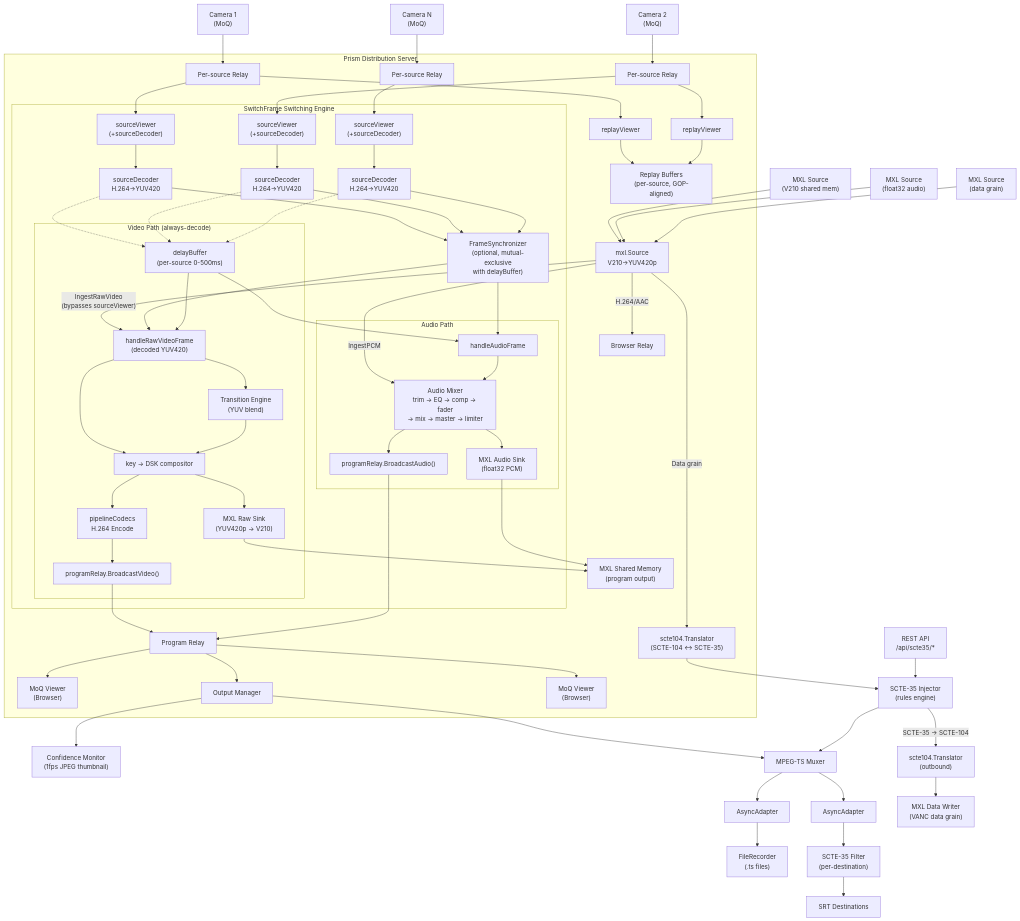
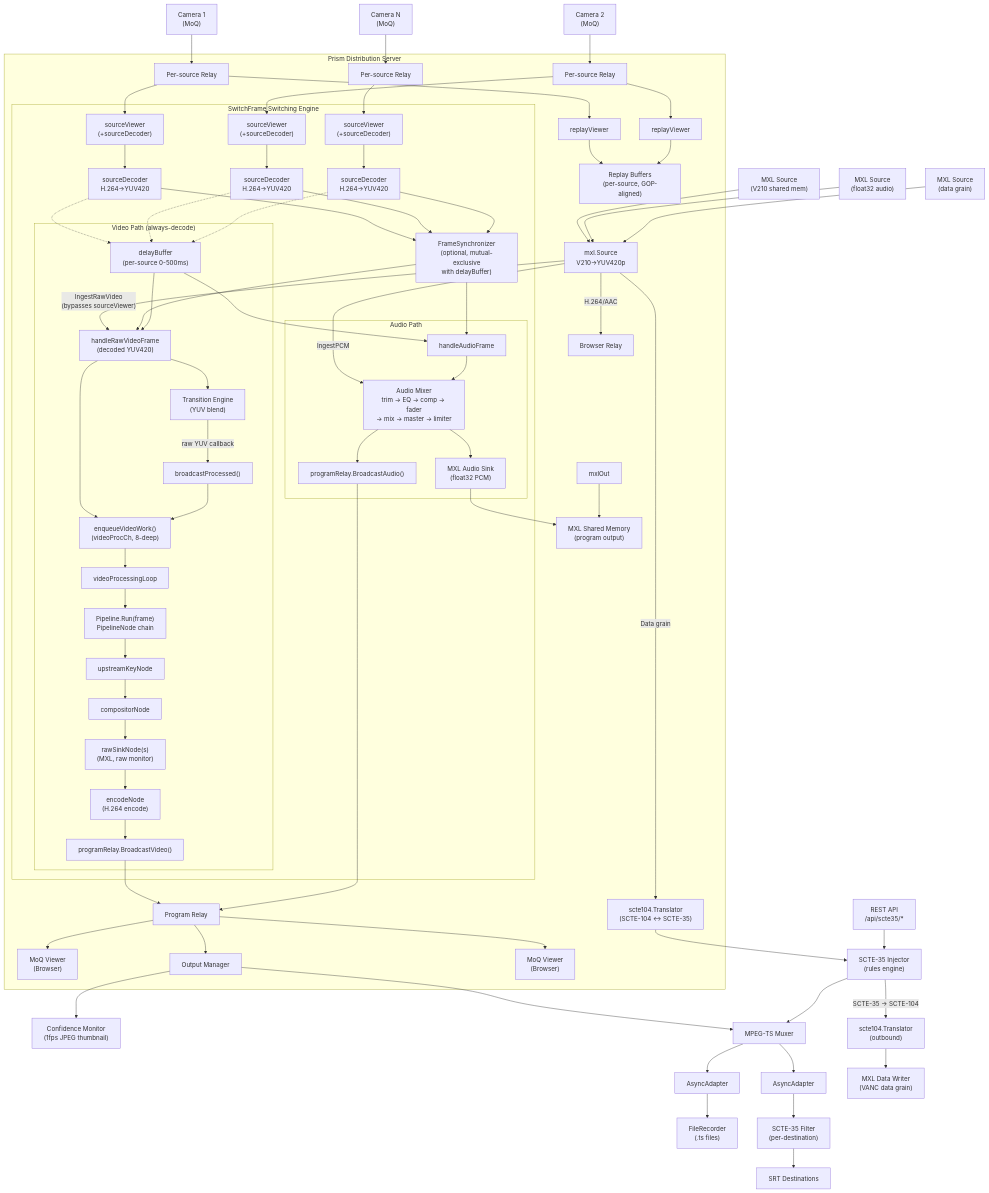
Before and after one commit to zsiec/switchframe: the first of 23 diagrams in docs/architecture.md, drawn with Mermaid. The commit also changed other lines of this file, not shown here.

First line of the commit message:
docs(architecture): update diagrams and text for Pipeline.Run() node chain

````diff
--- a/docs/architecture.md
+++ b/docs/architecture.md
@@ -23,75 +23,80 @@
 ```mermaid
 graph TD
     cam1["Camera 1<br/>(MoQ)"] --> relay1["Per-source Relay"]
     cam2["Camera 2<br/>(MoQ)"] --> relay2["Per-source Relay"]
     camN["Camera N<br/>(MoQ)"] --> relayN["Per-source Relay"]
     mxl1["MXL Source<br/>(V210 shared mem)"] --> mxlSrc["mxl.Source<br/>V210→YUV420p"]
     mxl2["MXL Source<br/>(float32 audio)"] --> mxlSrc
     mxl3["MXL Source<br/>(data grain)"] --> mxlSrc
 
     subgraph prism["Prism Distribution Server"]
         mxlSrc -->|"IngestRawVideo<br/>(bypasses sourceViewer)"| hvf
         mxlSrc -->|"IngestPCM"| am
         mxlSrc -->|"Data grain"| scte104["scte104.Translator<br/>(SCTE-104 ↔ SCTE-35)"]
         mxlSrc -->|"H.264/AAC"| mxlRelay["Browser Relay"]
         relay1 --> sv1["sourceViewer<br/>(+sourceDecoder)"]
         relay2 --> sv2["sourceViewer<br/>(+sourceDecoder)"]
         relayN --> svN["sourceViewer<br/>(+sourceDecoder)"]
         relay1 --> rv1["replayViewer"]
         relay2 --> rv2["replayViewer"]
         rv1 --> rb["Replay Buffers<br/>(per-source, GOP-aligned)"]
         rv2 --> rb
 
         subgraph engine["SwitchFrame Switching Engine"]
             sv1 --> sd1["sourceDecoder<br/>H.264→YUV420"]
             sv2 --> sd2["sourceDecoder<br/>H.264→YUV420"]
             svN --> sdN["sourceDecoder<br/>H.264→YUV420"]
             sd1 --> fs["FrameSynchronizer<br/>(optional, mutual-exclusive<br/>with delayBuffer)"]
             sd2 --> fs
             sdN --> fs
             sd1 -.-> delay["delayBuffer<br/>(per-source 0-500ms)"]
             sd2 -.-> delay
             sdN -.-> delay
             fs --> hvf
             fs --> haf
 
             subgraph video["Video Path (always-decode)"]
                 delay --> hvf["handleRawVideoFrame<br/>(decoded YUV420)"]
                 hvf --> te["Transition Engine<br/>(YUV blend)"]
-                hvf --> pipeline["key → DSK compositor"]
-                te --> pipeline
-                pipeline --> mxlOut["MXL Raw Sink<br/>(YUV420p → V210)"]
-                pipeline --> enc["pipelineCodecs<br/>H.264 Encode"]
-                enc --> bv["programRelay.BroadcastVideo()"]
+                hvf --> enq["enqueueVideoWork()<br/>(videoProcCh, 8-deep)"]
+                te -->|"raw YUV callback"| bp["broadcastProcessed()"]
+                bp --> enq
+                enq --> vpl["videoProcessingLoop"]
+                vpl --> prun["Pipeline.Run(frame)<br/>PipelineNode chain"]
+                prun --> ukn["upstreamKeyNode"]
+                ukn --> cn["compositorNode"]
+                cn --> rsn["rawSinkNode(s)<br/>(MXL, raw monitor)"]
+                rsn --> encn["encodeNode<br/>(H.264 encode)"]
+                encn --> bv["programRelay.BroadcastVideo()"]
             end
 
             subgraph audio["Audio Path"]
                 delay --> haf["handleAudioFrame"]
                 haf --> am["Audio Mixer<br/>trim → EQ → comp → fader<br/>→ mix → master → limiter"]
                 am --> ba["programRelay.BroadcastAudio()"]
                 am --> mxlAudioOut["MXL Audio Sink<br/>(float32 PCM)"]
             end
         end
 
         bv --> pr["Program Relay"]
         ba --> pr
 
         mxlOut --> mxlShm["MXL Shared Memory<br/>(program output)"]
         mxlAudioOut --> mxlShm
 
         pr --> browser1["MoQ Viewer<br/>(Browser)"]
         pr --> om["Output Manager"]
         pr --> browser2["MoQ Viewer<br/>(Browser)"]
     end
 
     om --> conf["Confidence Monitor<br/>(1fps JPEG thumbnail)"]
     om --> mux["MPEG-TS Muxer"]
     mux --> aa1["AsyncAdapter"] --> rec["FileRecorder<br/>(.ts files)"]
     mux --> aa2["AsyncAdapter"] --> filt["SCTE-35 Filter<br/>(per-destination)"] --> srt["SRT Destinations"]
 
     scte104 --> inj
     api["REST API<br/>/api/scte35/*"] --> inj["SCTE-35 Injector<br/>(rules engine)"]
     inj --> mux
     inj -->|"SCTE-35 → SCTE-104"| scte104out["scte104.Translator<br/>(outbound)"]
     scte104out --> mxlDataOut["MXL Data Writer<br/>(VANC data grain)"]
 ```
````
